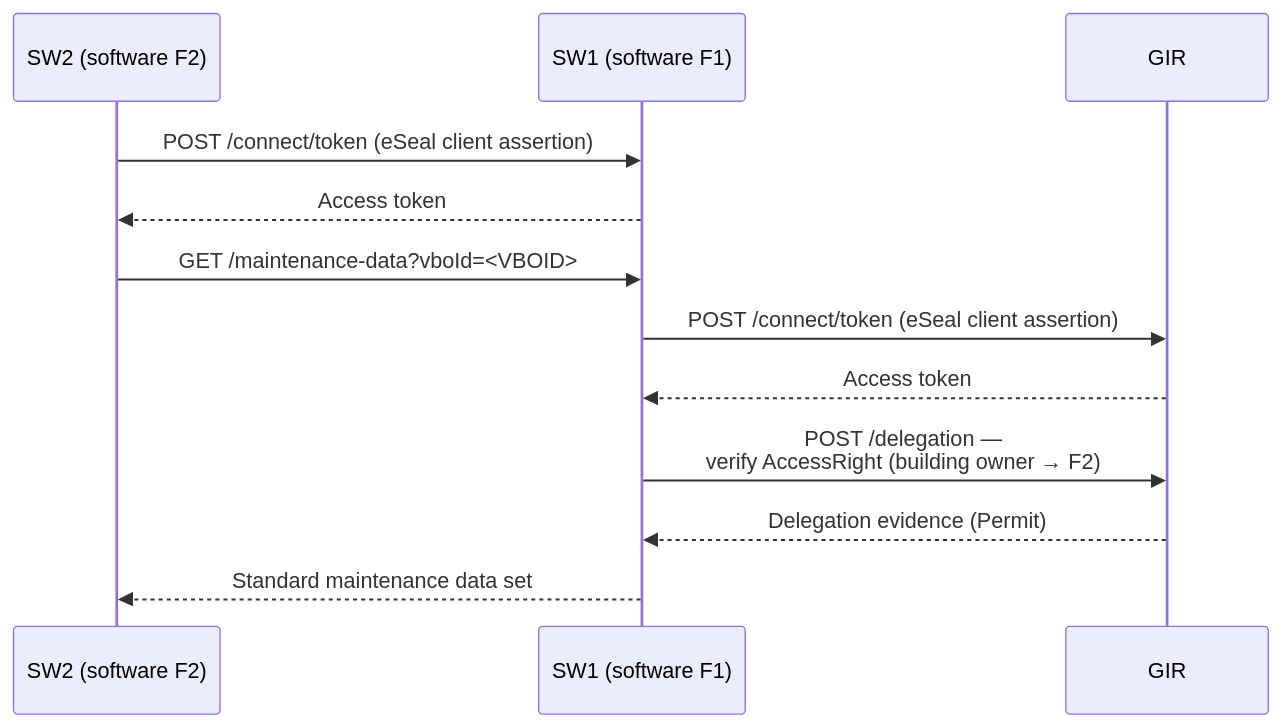
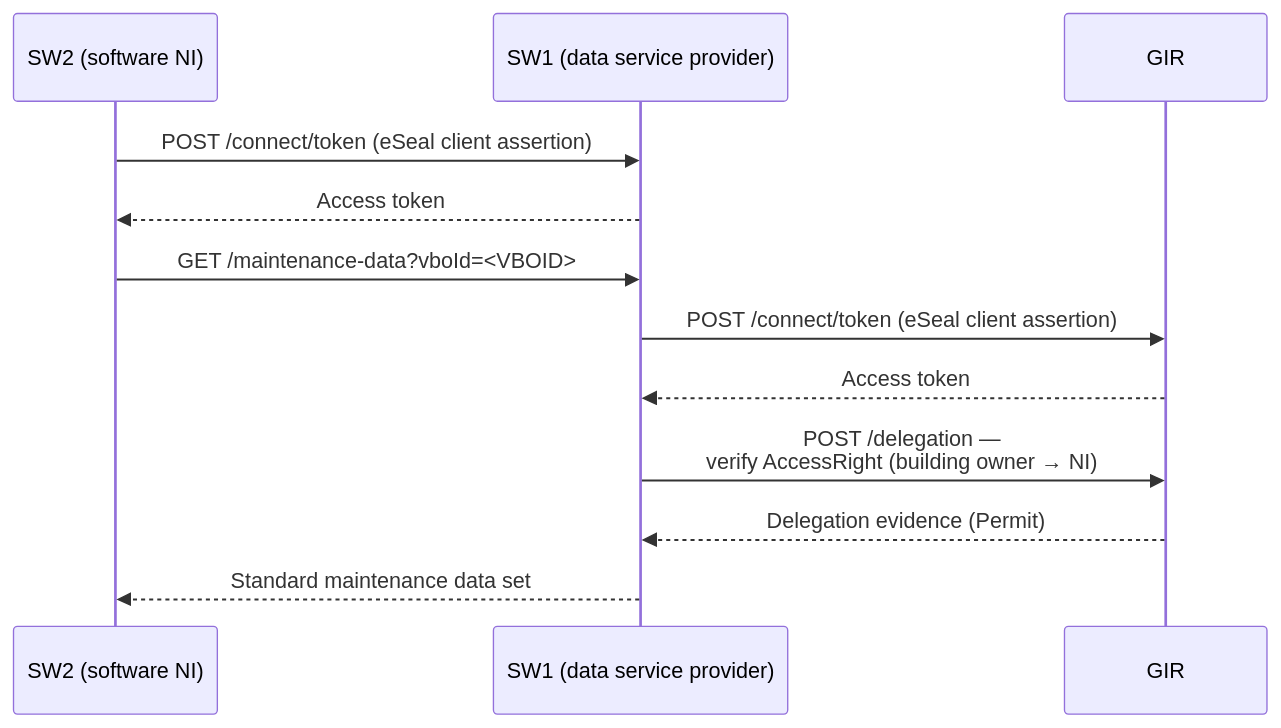
The fourth of 4 diagrams in gir/digitaal-onderhoudsboekje-flow.md (POORT8/Poort8.Docs), drawn with Mermaid before and after one commit. The commit also changed other lines of this file, not shown here.

Commit message:
Deploy gir docs: 16401f811270ef80c4cfe5ac709ec64a58c09528

````diff
--- a/gir/digitaal-onderhoudsboekje-flow.md
+++ b/gir/digitaal-onderhoudsboekje-flow.md
@@ -327,15 +265,15 @@
 ```mermaid
 sequenceDiagram
-    participant SW2 as SW2 (software F2)
-    participant SW1 as SW1 (software F1)
+    participant SW2 as SW2 (software NI)
+  participant SW1 as SW1 (data service provider)
     participant GIR as GIR
 
     SW2->>SW1: POST /connect/token (eSeal client assertion)
     SW1-->>SW2: Access token
     SW2->>SW1: GET /maintenance-data?vboId=<VBOID>
     SW1->>GIR: POST /connect/token (eSeal client assertion)
     GIR-->>SW1: Access token
-    SW1->>GIR: POST /delegation —<br/>verify AccessRight (building owner → F2)
+    SW1->>GIR: POST /delegation —<br/>verify AccessRight (building owner → NI)
     GIR-->>SW1: Delegation evidence (Permit)
     SW1-->>SW2: Standard maintenance data set
 ```
````
